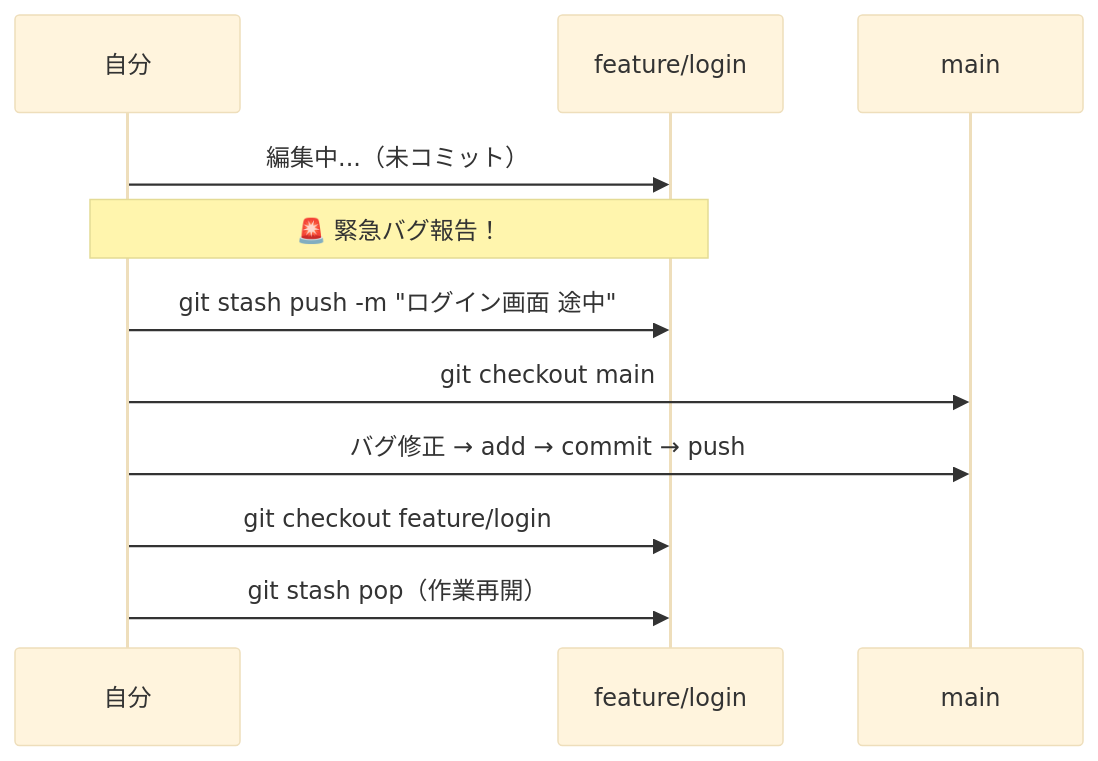
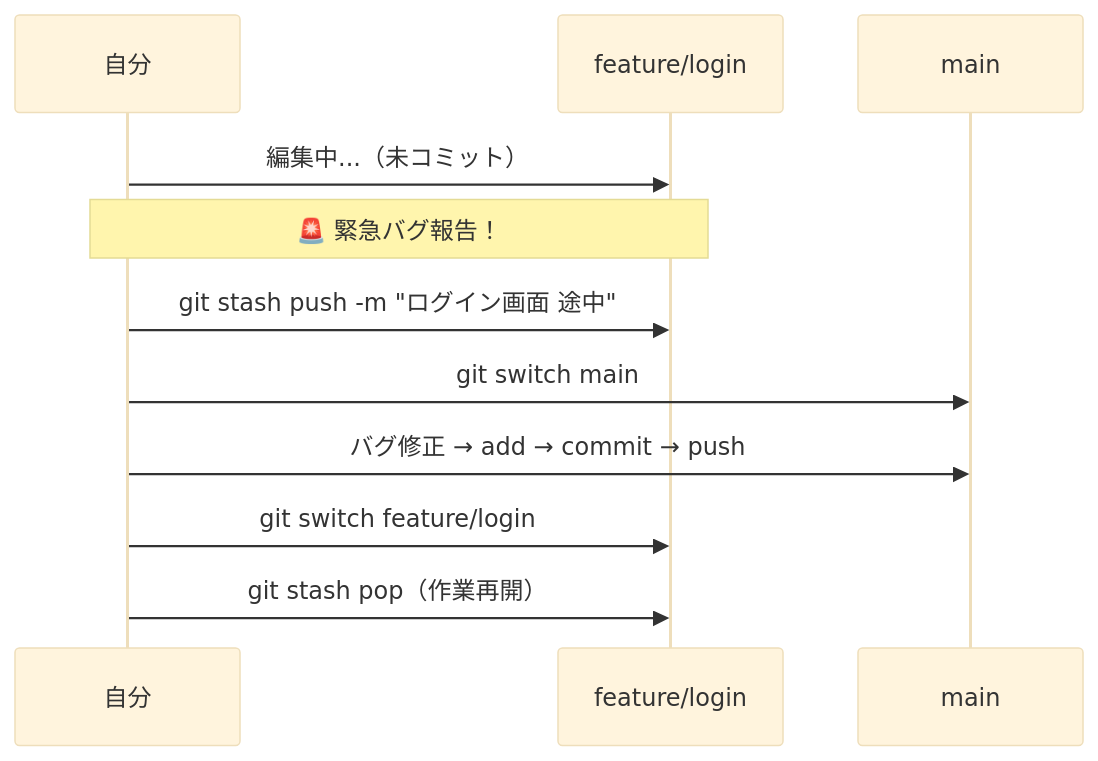
One commit to kasuyaofcb/tech_docs changed diagram 16 of 21 in 02_git/git.md. Above: the diagram before and after it, drawn with Mermaid (base theme). The commit also changed other lines of this file and 1 other file, not shown here.

First line of the commit message:
docs(git): 初学者目線の通読で見つかった違和感を修正

````diff
--- a/02_git/git.md
+++ b/02_git/git.md
@@ -680,13 +682,13 @@
 ```mermaid
 sequenceDiagram
     participant U as 自分
     participant F as feature/login
     participant M as main
     U->>F: 編集中...（未コミット）
     Note over U,F: 🚨 緊急バグ報告！
     U->>F: git stash push -m "ログイン画面 途中"
-    U->>M: git checkout main
+    U->>M: git switch main
     U->>M: バグ修正 → add → commit → push
-    U->>F: git checkout feature/login
+    U->>F: git switch feature/login
     U->>F: git stash pop（作業再開）
 ```
````
